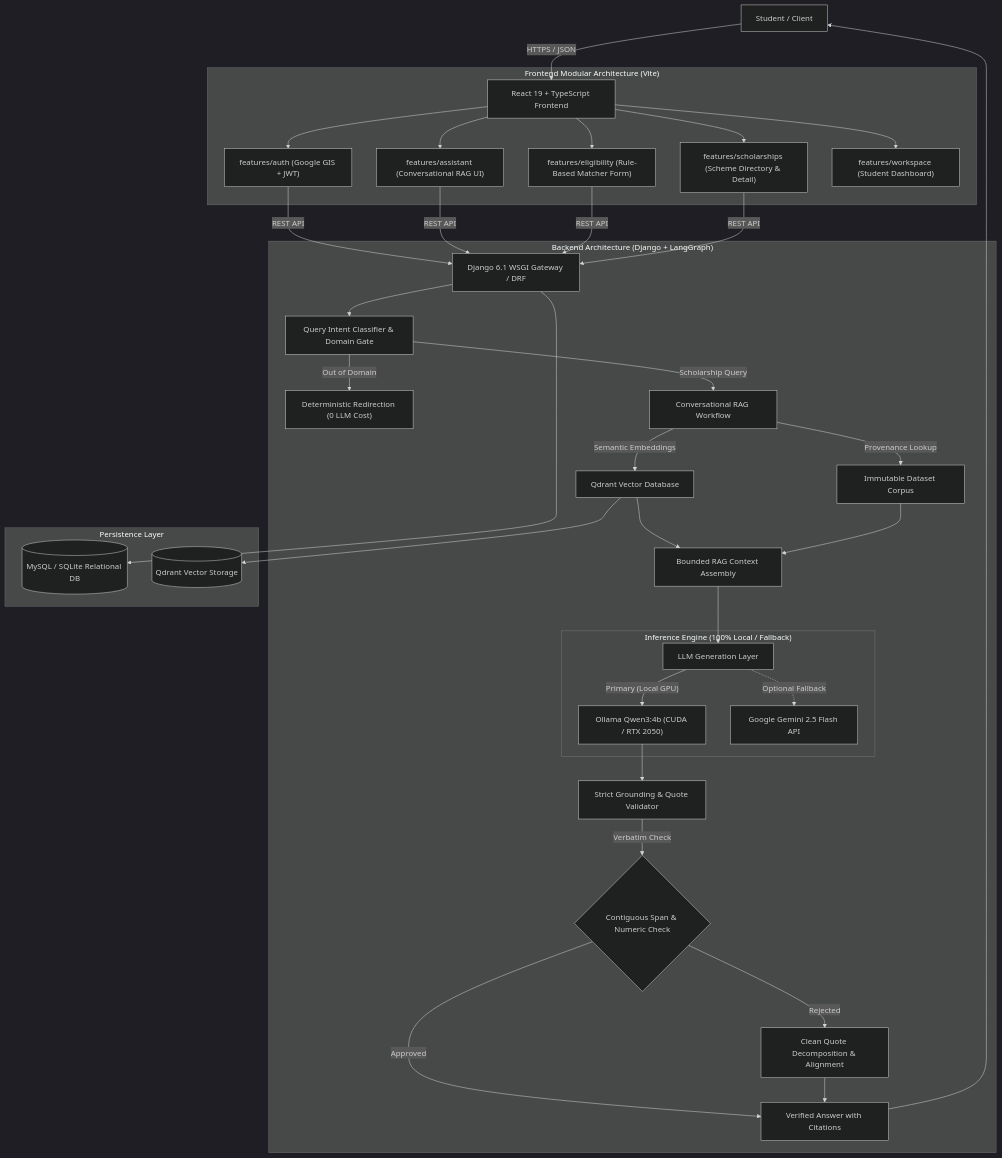
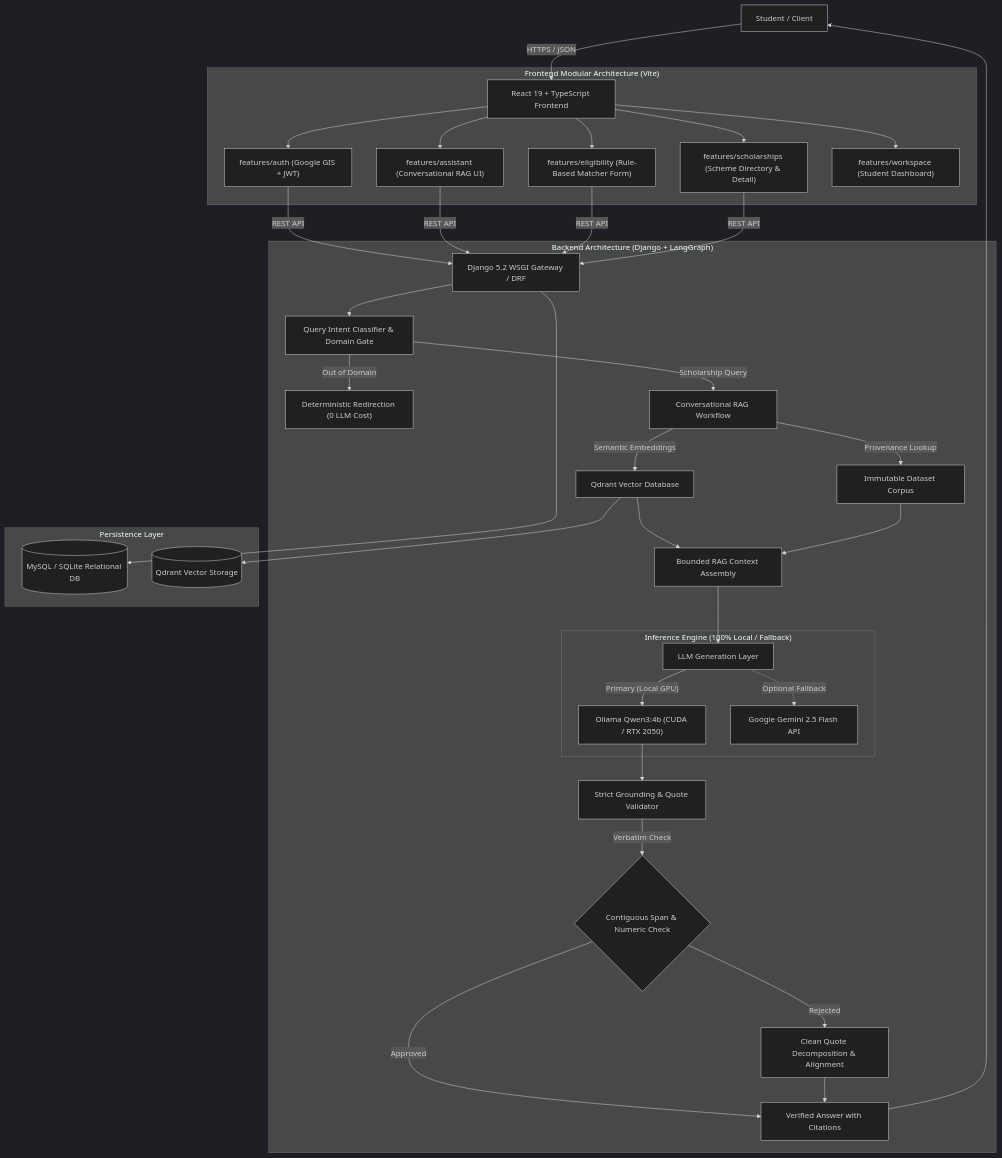
The diagram in README.md (501-hashim/scholarship-rag-assistant-), drawn with Mermaid (dark theme) before and after one commit. The commit also changed other lines of this file and 32 other files, not shown here.

````diff
--- a/README.md
+++ b/README.md
@@ -26,44 +20,44 @@
 ```mermaid
 flowchart TD
     User["Student / Client"] -->|"HTTPS / JSON"| Web["React 19 + TypeScript Frontend"]
     
     subgraph Frontend ["Frontend Modular Architecture (Vite)"]
         Web --> AuthFE["features/auth (Google GIS + JWT)"]
         Web --> ChatFE["features/assistant (Conversational RAG UI)"]
         Web --> MatchFE["features/eligibility (Rule-Based Matcher Form)"]
         Web --> BrowseFE["features/scholarships (Scheme Directory & Detail)"]
         Web --> DashFE["features/workspace (Student Dashboard)"]
     end
 
-    AuthFE & ChatFE & MatchFE & BrowseFE -->|"REST API"| Gateway["Django 6.1 WSGI Gateway / DRF"]
+    AuthFE & ChatFE & MatchFE & BrowseFE -->|"REST API"| Gateway["Django 5.2 WSGI Gateway / DRF"]
 
     subgraph Backend ["Backend Architecture (Django + LangGraph)"]
         Gateway --> Router["Query Intent Classifier & Domain Gate"]
         Router -->|"Out of Domain"| Redirect["Deterministic Redirection (0 LLM Cost)"]
         Router -->|"Scholarship Query"| Agent["Conversational RAG Workflow"]
         
         Agent -->|"Semantic Embeddings"| VectorStore["Qdrant Vector Database"]
         Agent -->|"Provenance Lookup"| Corpus["Immutable Dataset Corpus"]
         
         VectorStore & Corpus --> Context["Bounded RAG Context Assembly"]
         Context --> LLM["LLM Generation Layer"]
         
         subgraph Models ["Inference Engine (100% Local / Fallback)"]
             LLM -->|"Primary (Local GPU)"| Qwen["Ollama Qwen3:4b (CUDA / RTX 2050)"]
             LLM -.->|"Optional Fallback"| Gemini["Google Gemini 2.5 Flash API"]
         end
         
         Qwen --> Grounding["Strict Grounding & Quote Validator"]
         Grounding -->|"Verbatim Check"| Verification{"Contiguous Span & Numeric Check"}
         Verification -->|"Approved"| Response["Verified Answer with Citations"]
         Verification -->|"Rejected"| Guardrail["Clean Quote Decomposition & Alignment"]
         Guardrail --> Response
     end
 
     subgraph Storage ["Persistence Layer"]
         Gateway --> MySQL[("MySQL / SQLite Relational DB")]
         VectorStore --> QdrantStorage[("Qdrant Vector Storage")]
     end
 
     Response --> User
 ```
````
